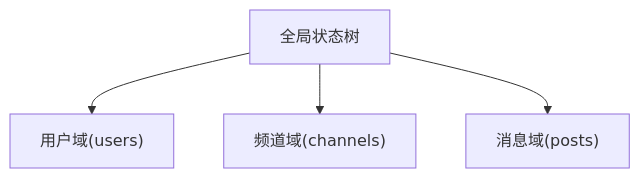
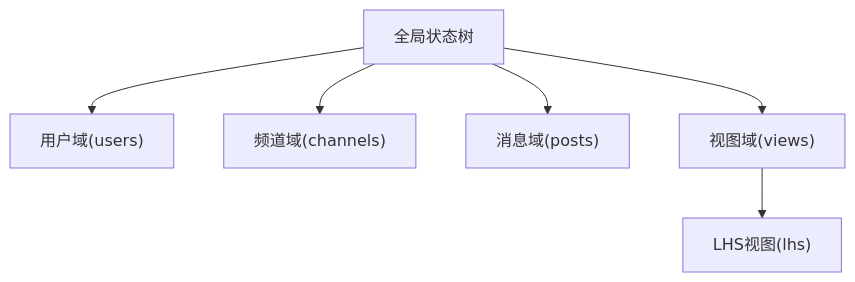
One commit to frankMa-1993/mattermost changed the third of 11 diagrams in .qoder/repowiki/zh/content/前端开发/状态管理.md. Above: the diagram before and after it, drawn with Mermaid. The commit also changed other lines of this file and 7 other files, not shown here.

````diff
--- a/.qoder/repowiki/zh/content/前端开发/状态管理.md
+++ b/.qoder/repowiki/zh/content/前端开发/状态管理.md
@@ -141,10 +164,14 @@
 ```mermaid
 graph TB
 ROOT["全局状态树"]
 U["用户域(users)"]
 C["频道域(channels)"]
 P["消息域(posts)"]
+V["视图域(views)"]
+L["LHS视图(lhs)"]
 ROOT --> U
 ROOT --> C
 ROOT --> P
+ROOT --> V
+V --> L
 ```
````
